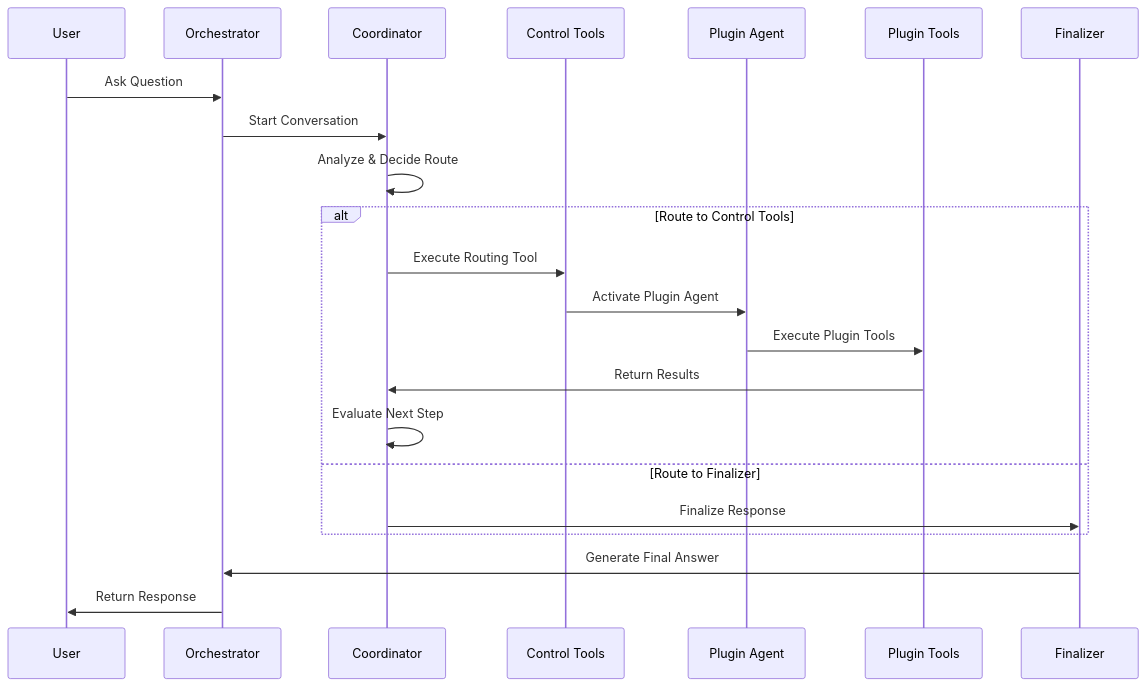
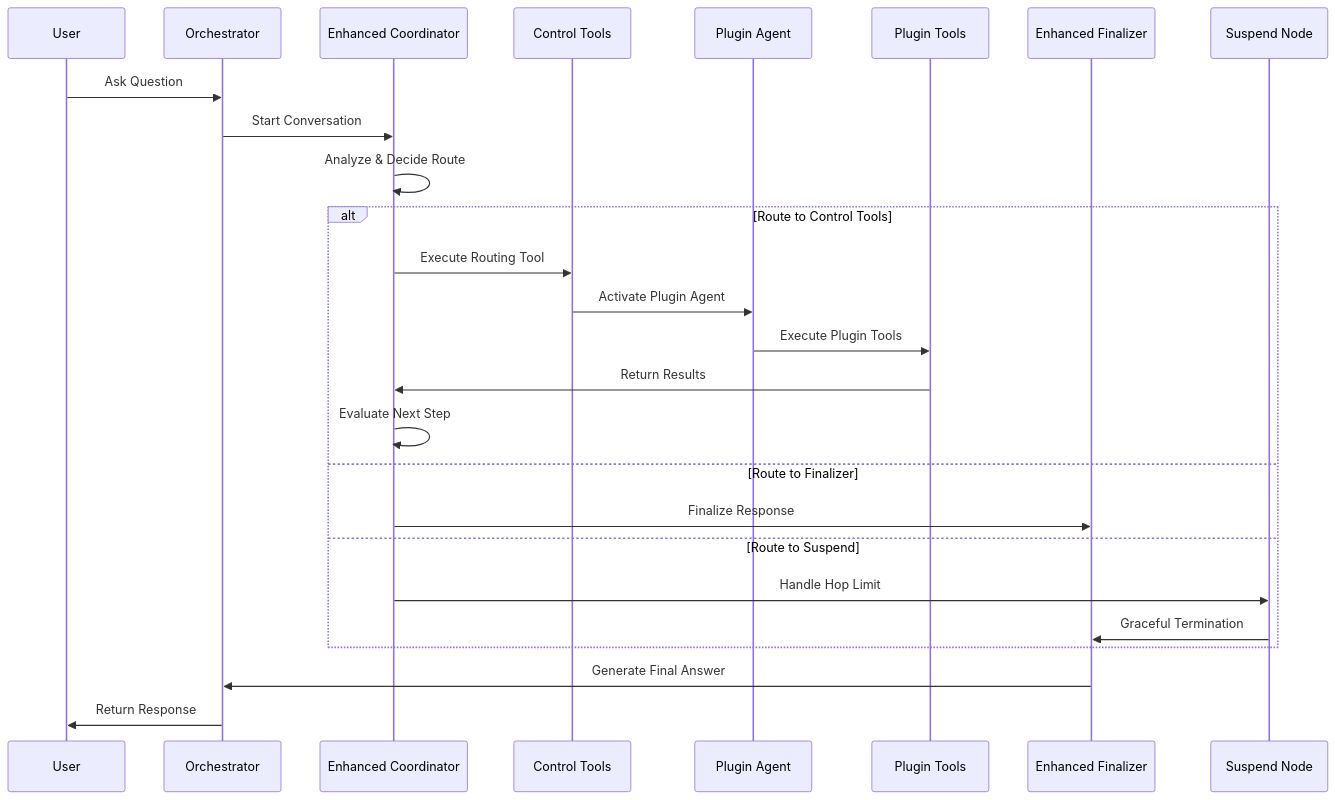
One commit to jonaskahn/cadence changed the ninth of 19 diagrams in docs/concepts/langgraph-architecture.md. Above: the diagram before and after it, drawn with Mermaid. The commit also changed other lines of this file and 37 other files, not shown here.

````diff
--- a/docs/concepts/langgraph-architecture.md
+++ b/docs/concepts/langgraph-architecture.md
@@ -497,27 +690,31 @@
 ```mermaid
 sequenceDiagram
     participant U as User
     participant O as Orchestrator
-    participant C as Coordinator
+    participant C as Enhanced Coordinator
     participant CT as Control Tools
     participant PA as Plugin Agent
     participant PT as Plugin Tools
-    participant F as Finalizer
+    participant F as Enhanced Finalizer
+    participant S as Suspend Node
     
     U->>O: Ask Question
     O->>C: Start Conversation
     C->>C: Analyze & Decide Route
     
     alt Route to Control Tools
         C->>CT: Execute Routing Tool
         CT->>PA: Activate Plugin Agent
         PA->>PT: Execute Plugin Tools
         PT->>C: Return Results
         C->>C: Evaluate Next Step
     else Route to Finalizer
         C->>F: Finalize Response
+    else Route to Suspend
+        C->>S: Handle Hop Limit
+        S->>F: Graceful Termination
     end
     
     F->>O: Generate Final Answer
     O->>U: Return Response
 ```
````
